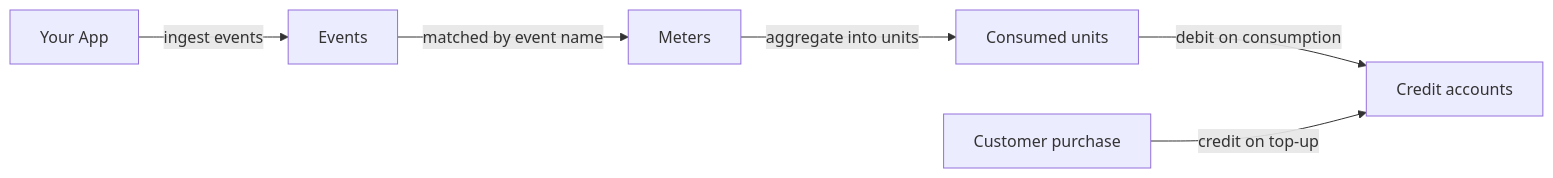
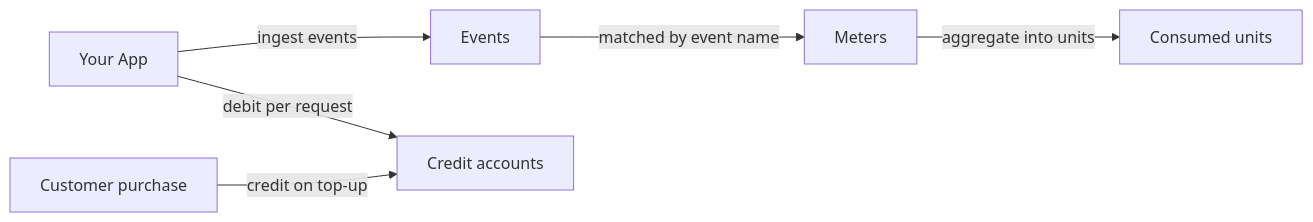
One commit to armitage-labs/creem changed the diagram in packages/docs/features/usage-based-billing.mdx. Above: the diagram before and after it, drawn with Mermaid. The commit also changed other lines of this file and 5 other files, not shown here.

````diff
--- a/packages/docs/features/usage-based-billing.mdx
+++ b/packages/docs/features/usage-based-billing.mdx
@@ -10,8 +10,8 @@
 ```mermaid
 flowchart LR
     App[Your App] -->|"ingest events"| Events[Events]
     Events -->|"matched by event name"| Meters[Meters]
     Meters -->|"aggregate into units"| Units[Consumed units]
-    Units -->|"debit on consumption"| Credits[Credit accounts]
+    App -->|"debit per request"| Credits[Credit accounts]
     Purchase[Customer purchase] -->|"credit on top-up"| Credits
 ```
````
